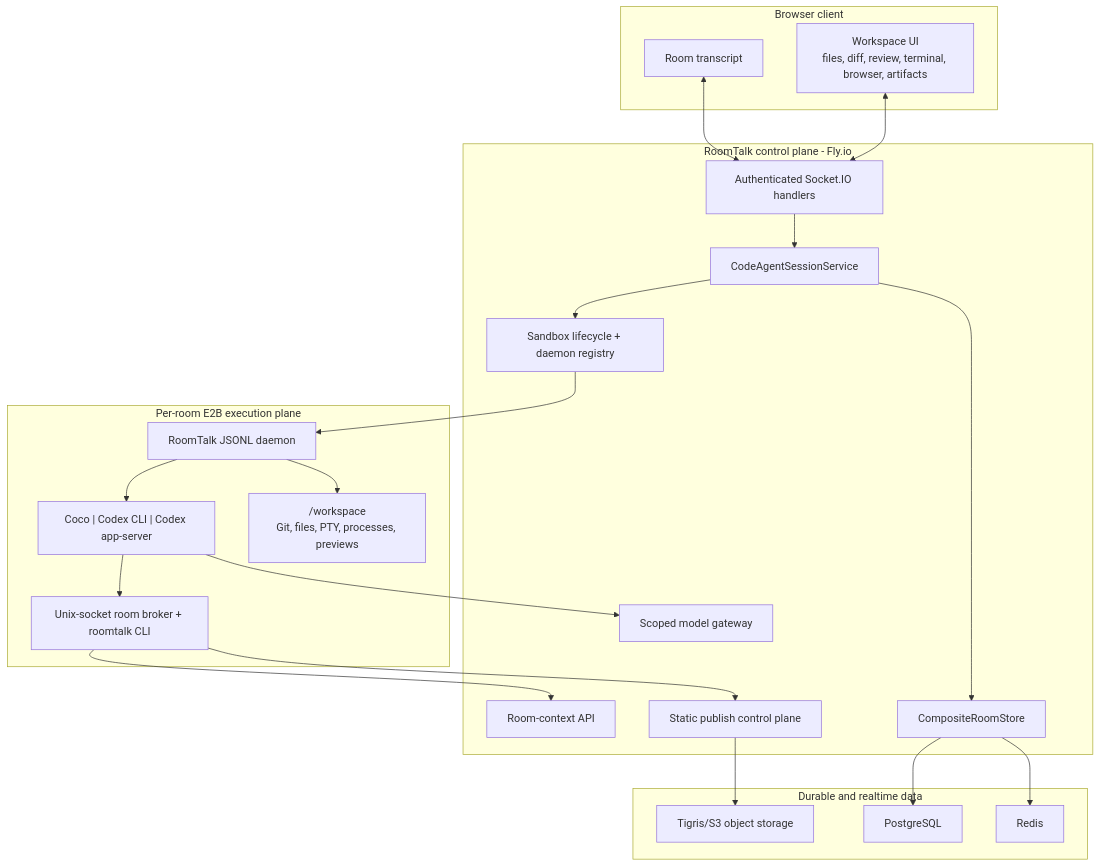
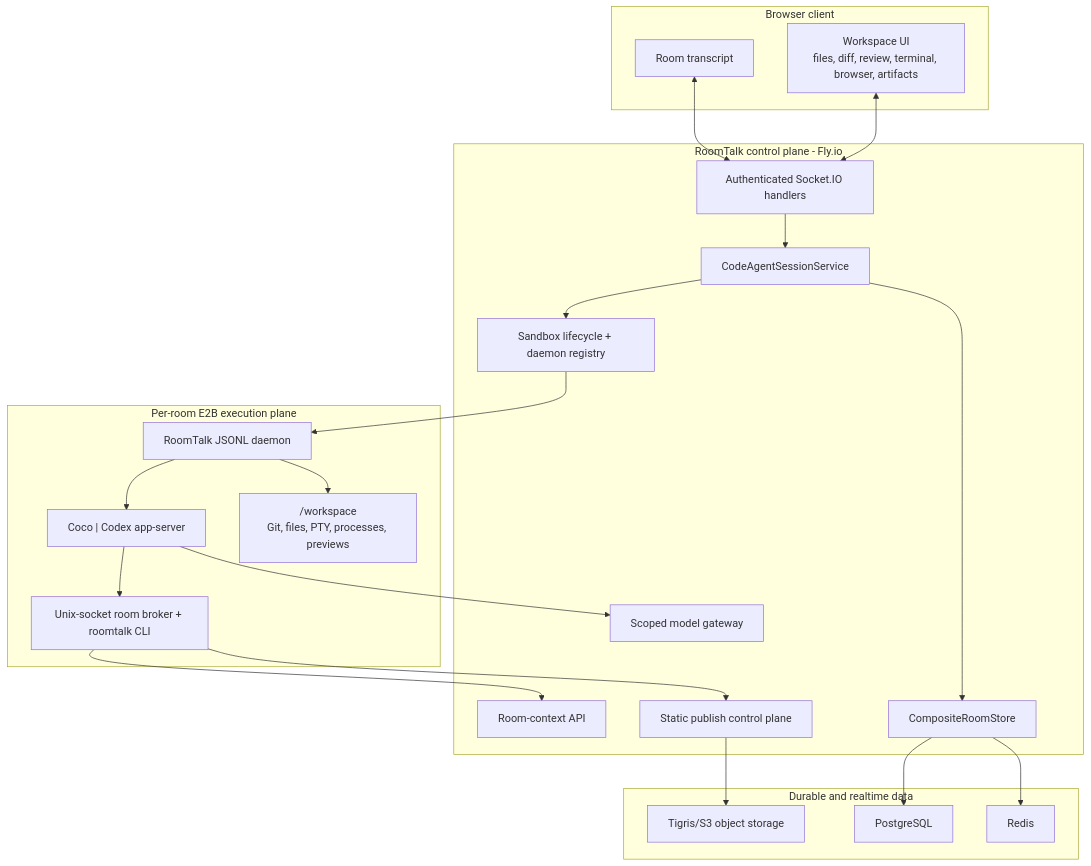
Before and after one commit to Skymore/roomtalk: the first of 2 diagrams in docs/code-agent-runtime-architecture.md, drawn with Mermaid. The commit also changed other lines of this file and 20 other files, not shown here.

````diff
--- a/docs/code-agent-runtime-architecture.md
+++ b/docs/code-agent-runtime-architecture.md
@@ -26,46 +27,46 @@
 ```mermaid
 flowchart TB
   subgraph Browser["Browser client"]
     Chat["Room transcript"]
     WorkspaceUI["Workspace UI\nfiles, diff, review, terminal, browser, artifacts"]
   end
 
   subgraph Control["RoomTalk control plane - Fly.io"]
     Socket["Authenticated Socket.IO handlers"]
     Sessions["CodeAgentSessionService"]
     Lifecycle["Sandbox lifecycle + daemon registry"]
     ContextAPI["Room-context API"]
     Gateway["Scoped model gateway"]
     Publish["Static publish control plane"]
     Store["CompositeRoomStore"]
   end
 
   subgraph Data["Durable and realtime data"]
     Postgres["PostgreSQL"]
     Redis["Redis"]
     Objects["Tigris/S3 object storage"]
   end
 
   subgraph Sandbox["Per-room E2B execution plane"]
     Daemon["RoomTalk JSONL daemon"]
-    Backends["Coco | Codex CLI | Codex app-server"]
+    Backends["Coco | Codex app-server"]
     Broker["Unix-socket room broker + roomtalk CLI"]
     Workdir["/workspace\nGit, files, PTY, processes, previews"]
   end
 
   Chat <--> Socket
   WorkspaceUI <--> Socket
   Socket --> Sessions
   Sessions --> Lifecycle
   Lifecycle --> Daemon
   Daemon --> Backends
   Daemon --> Workdir
   Backends --> Broker
   Broker --> ContextAPI
   Backends --> Gateway
   Broker --> Publish
   Sessions --> Store
   Store --> Postgres
   Store --> Redis
   Publish --> Objects
 ```
````
